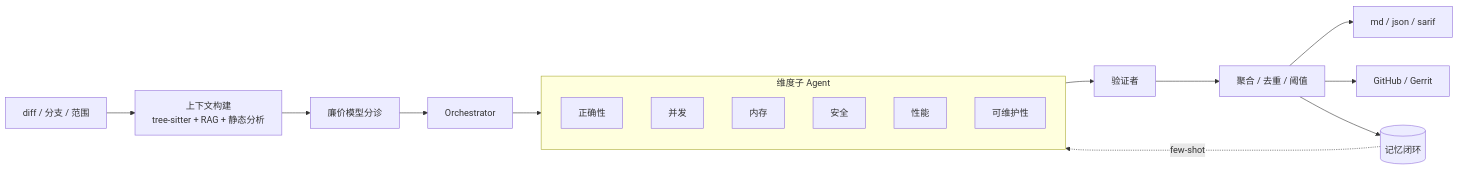
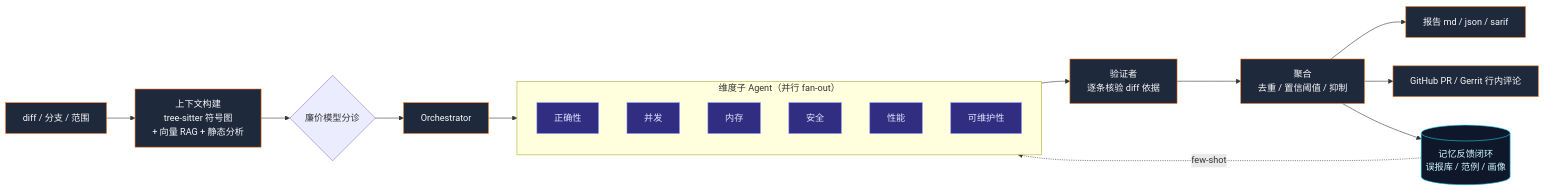
One commit to kavinChan13/reviewforge changed the diagram in README.md. Above: the diagram before and after it, drawn with Mermaid. The commit also changed other lines of this file and 4 other files, not shown here.

````diff
--- a/README.md
+++ b/README.md
@@ -112,16 +115,29 @@
 ```mermaid
 flowchart LR
-    diff[diff / 分支 / 范围] --> ctx[上下文构建<br/>tree-sitter + RAG + 静态分析]
-    ctx --> triage[廉价模型分诊]
-    triage --> orch[Orchestrator]
-    subgraph dims[维度子 Agent]
-      d1[正确性] & d2[并发] & d3[内存] & d4[安全] & d5[性能] & d6[可维护性]
+    diff["diff / 分支 / 范围"] --> ctx["上下文构建<br/>tree-sitter 符号图<br/>+ 向量 RAG + 静态分析"]
+    ctx --> triage{"廉价模型分诊"}
+    triage --> orch["Orchestrator"]
+    subgraph dims["维度子 Agent（并行 fan-out）"]
+      direction TB
+      d1["正确性"]
+      d2["并发"]
+      d3["内存"]
+      d4["安全"]
+      d5["性能"]
+      d6["可维护性"]
     end
     orch --> dims
-    dims --> verify[验证者]
-    verify --> agg[聚合 / 去重 / 阈值]
-    agg --> out[md / json / sarif]
-    agg --> sink[GitHub / Gerrit]
-    agg --> mem[(记忆闭环)]
+    dims --> verify["验证者<br/>逐条核验 diff 依据"]
+    verify --> agg["聚合<br/>去重 / 置信阈值 / 抑制"]
+    agg --> out["报告 md / json / sarif"]
+    agg --> sink["GitHub PR / Gerrit 行内评论"]
+    agg --> mem[("记忆反馈闭环<br/>误报库 / 范例 / 画像")]
     mem -.few-shot.-> dims
+
+    classDef stage fill:#1e293b,stroke:#f97316,stroke-width:1px,color:#f8fafc;
+    classDef agent fill:#312e81,stroke:#818cf8,color:#e0e7ff;
+    classDef store fill:#0f172a,stroke:#22d3ee,color:#cffafe;
+    class diff,ctx,orch,verify,agg,out,sink stage;
+    class d1,d2,d3,d4,d5,d6 agent;
+    class mem store;
 ```
````
